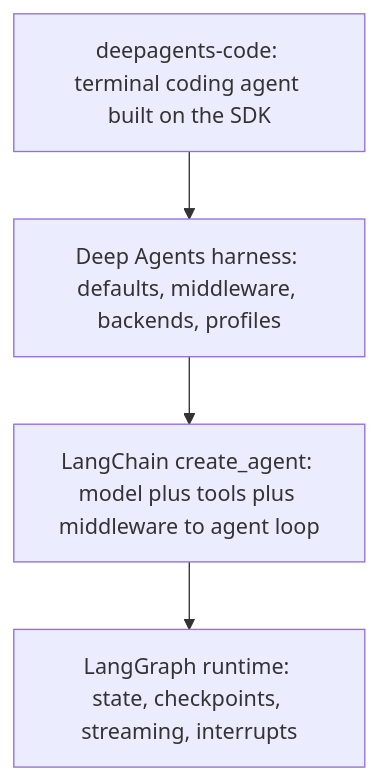
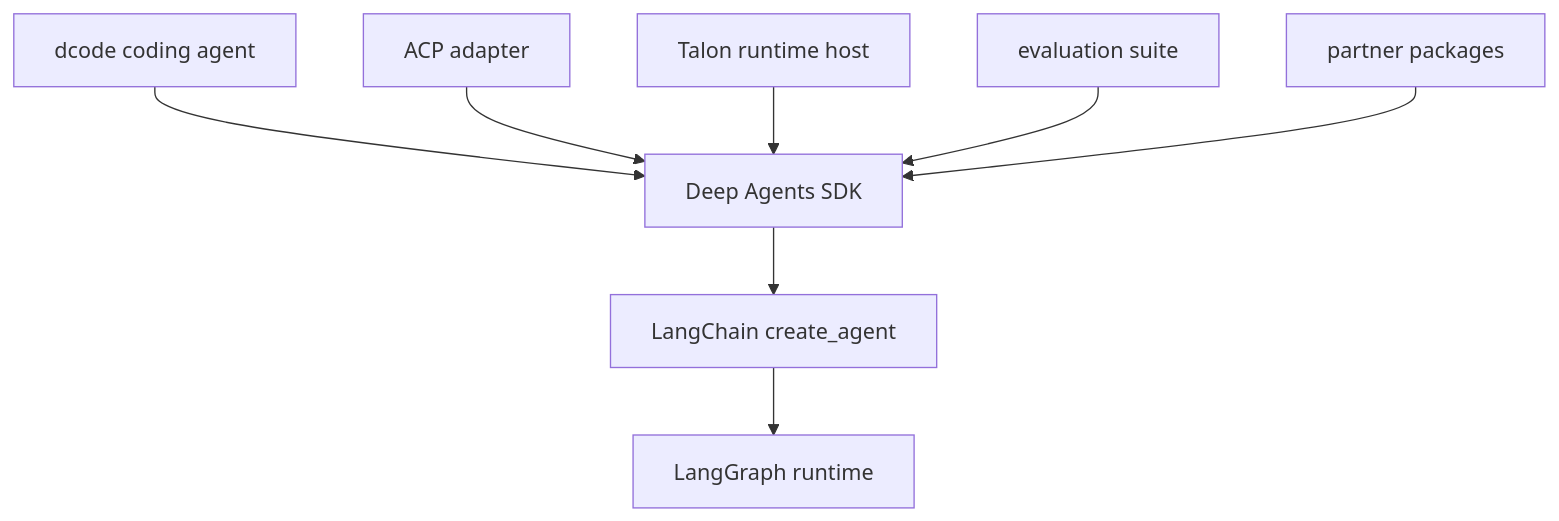
Before and after one commit to langchain-ai/deepagents: the diagram in openwiki/architecture/source-map.md, drawn with Mermaid. The commit also changed other lines of this file and 31 other files, not shown here.

````diff
--- a/openwiki/architecture/source-map.md
+++ b/openwiki/architecture/source-map.md
@@ -99,9 +93,10 @@
 ```mermaid
 flowchart TD
-    DA["Deep Agents harness: defaults, middleware, backends, profiles"]
-    LC["LangChain create_agent: model plus tools plus middleware to agent loop"]
-    LG["LangGraph runtime: state, checkpoints, streaming, interrupts"]
-    DA --> LC --> LG
-    CODE["deepagents-code: terminal coding agent built on the SDK"]
-    CODE --> DA
+    Code["dcode coding agent"] --> SDK["Deep Agents SDK"]
+    ACP["ACP adapter"] --> SDK
+    Talon["Talon runtime host"] --> SDK
+    SDK --> LangChain["LangChain create_agent"]
+    LangChain --> LangGraph["LangGraph runtime"]
+    Evals["evaluation suite"] --> SDK
+    Partners["partner packages"] --> SDK
 ```
````
